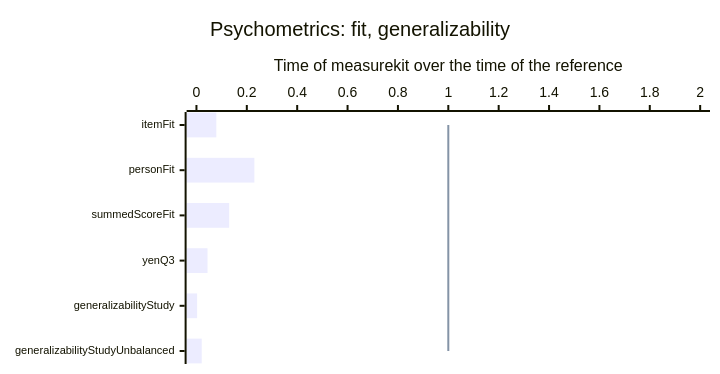
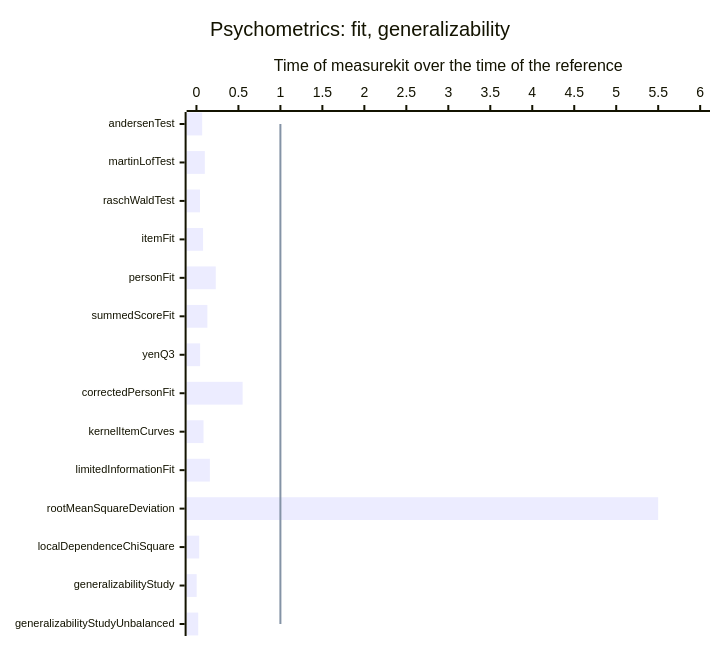
Before and after one commit to measurekit/measurekit: the eighth of 15 diagrams in docs/performance.md, drawn with Mermaid. The commit also changed other lines of this file and 1 other file, not shown here.

First line of the commit message:
Give the performance guide the rows and charts of fit, cat, the evaluation of automated scores and person scalability, and the timing of RSMTool

````diff
--- a/docs/performance.md
+++ b/docs/performance.md
@@ -73,9 +83,9 @@
 ```mermaid
-%%{init: {"xyChart": {"height": 354, "xAxis": {"labelFontSize": 11}}}}%%
+%%{init: {"xyChart": {"height": 626, "xAxis": {"labelFontSize": 11}}}}%%
 xychart-beta horizontal
   title "Psychometrics: fit, generalizability"
-  x-axis ["itemFit", "personFit", "summedScoreFit", "yenQ3", "generalizabilityStudy", "generalizabilityStudyUnbalanced"]
-  y-axis "Time of measurekit over the time of the reference" 0 --> 2
-  bar [0.079, 0.23, 0.13, 0.044, 0.0026, 0.021]
-  line [1, 1, 1, 1, 1, 1]
+  x-axis ["andersenTest", "martinLofTest", "raschWaldTest", "itemFit", "personFit", "summedScoreFit", "yenQ3", "correctedPersonFit", "kernelItemCurves", "limitedInformationFit", "rootMeanSquareDeviation", "localDependenceChiSquare", "generalizabilityStudy", "generalizabilityStudyUnbalanced"]
+  y-axis "Time of measurekit over the time of the reference" 0 --> 6
+  bar [0.068, 0.1, 0.042, 0.079, 0.23, 0.13, 0.044, 0.55, 0.084, 0.16, 5.5, 0.033, 0.0026, 0.021]
+  line [1, 1, 1, 1, 1, 1, 1, 1, 1, 1, 1, 1, 1, 1]
 ```
````
